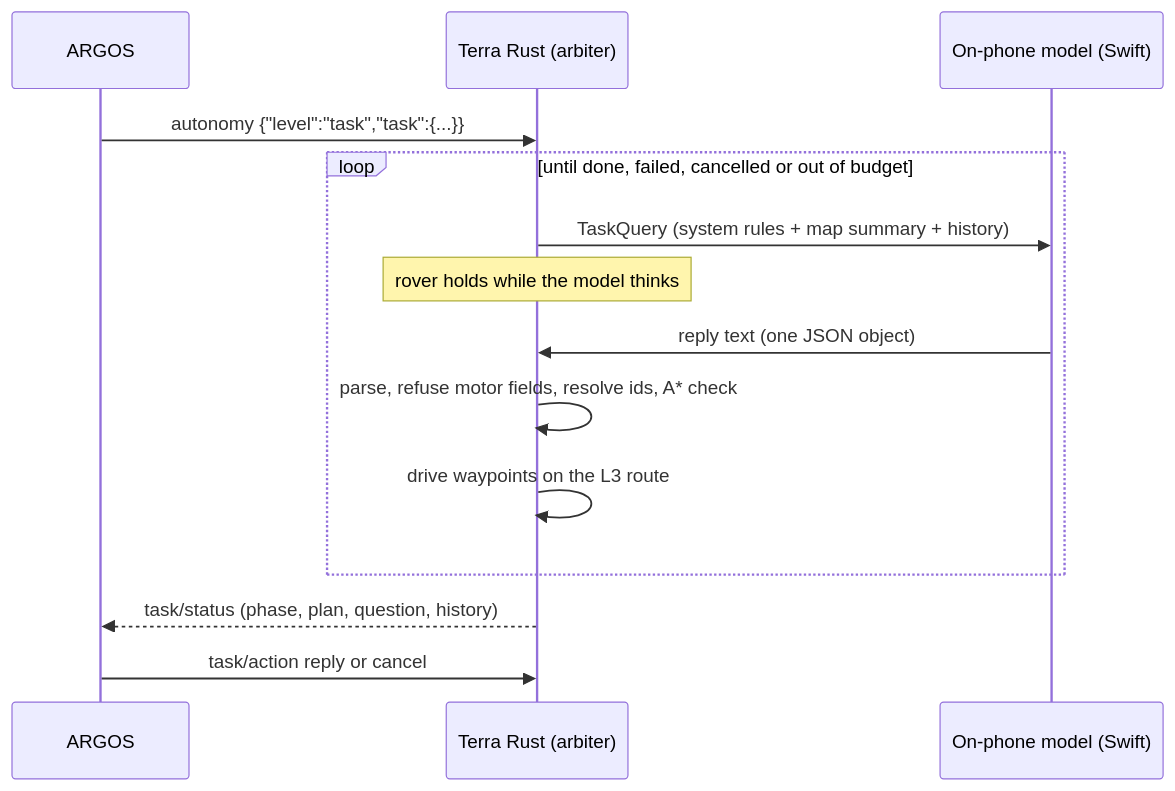
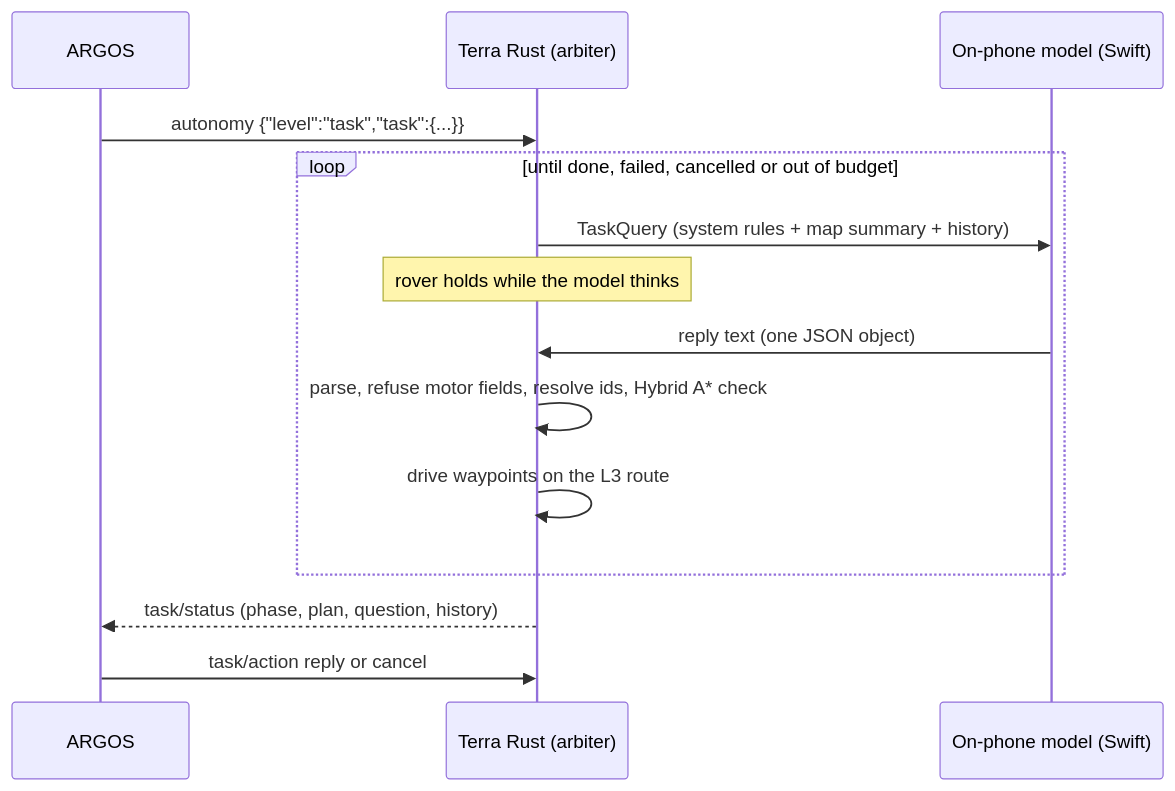
The diagram in docs/autonomy/TASK.md (Super-Yojan/Terra), drawn with Mermaid before and after one commit. The commit also changed other lines of this file and 18 other files, not shown here.

````diff
--- a/docs/autonomy/TASK.md
+++ b/docs/autonomy/TASK.md
@@ -8,16 +8,16 @@
 ```mermaid
 sequenceDiagram
   participant A as ARGOS
   participant R as Terra Rust (arbiter)
   participant M as On-phone model (Swift)
   A->>R: autonomy {"level":"task","task":{...}}
   loop until done, failed, cancelled or out of budget
     R->>M: TaskQuery (system rules + map summary + history)
     Note over R: rover holds while the model thinks
     M->>R: reply text (one JSON object)
-    R->>R: parse, refuse motor fields, resolve ids, A* check
+    R->>R: parse, refuse motor fields, resolve ids, Hybrid A* check
     R->>R: drive waypoints on the L3 route
   end
   R-->>A: task/status (phase, plan, question, history)
   A->>R: task/action reply or cancel
 ```
````
